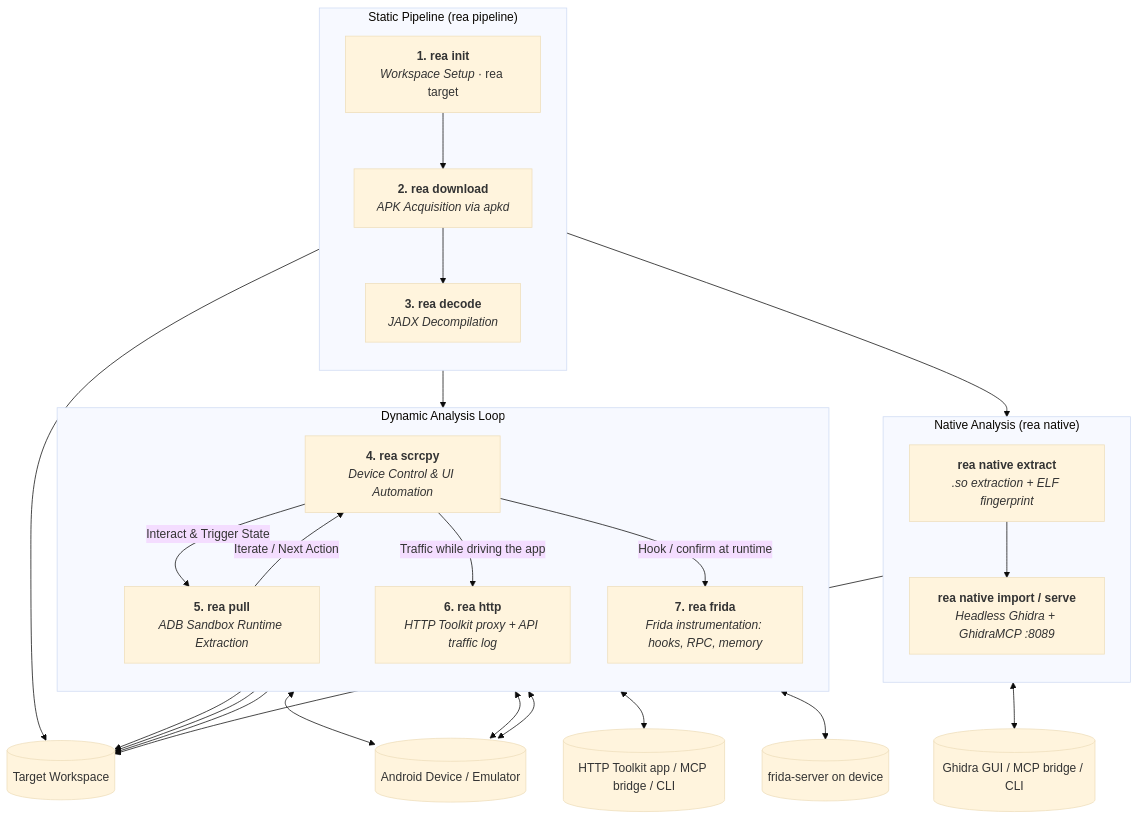
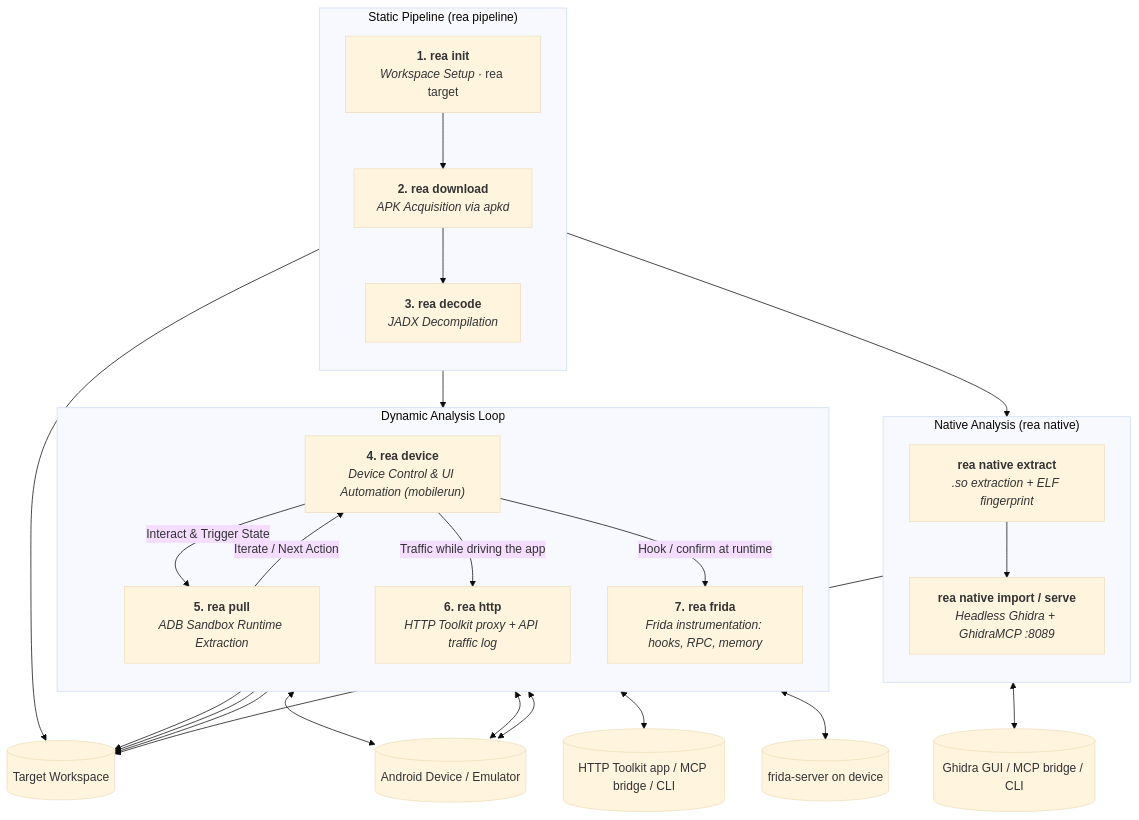
The diagram in README.md (impeterwayne/REAKit), drawn with Mermaid (base theme) before and after one commit. The commit also changed other lines of this file and 27 other files, not shown here.

Commit message:
feat: integrate mobilerun MCP for device control and automation

````diff
--- a/README.md
+++ b/README.md
@@ -76,45 +77,45 @@
 ```mermaid
 flowchart TD
     subgraph Static ["Static Pipeline (rea pipeline)"]
         direction TB
         S1["<b>1. rea init</b><br/><i>Workspace Setup</i> · rea target"]
         S2["<b>2. rea download</b><br/><i>APK Acquisition via apkd</i>"]
         S3["<b>3. rea decode</b><br/><i>JADX Decompilation</i>"]
         S1 --> S2 --> S3
     end
 
     subgraph Native ["Native Analysis (rea native)"]
         direction TB
         N1["<b>rea native extract</b><br/><i>.so extraction + ELF fingerprint</i>"]
         N2["<b>rea native import / serve</b><br/><i>Headless Ghidra + GhidraMCP :8089</i>"]
         N1 --> N2
     end
 
     subgraph Dynamic ["Dynamic Analysis Loop"]
         direction TB
-        S4["<b>4. rea scrcpy</b><br/><i>Device Control & UI Automation</i>"]
+        S4["<b>4. rea device</b><br/><i>Device Control & UI Automation (mobilerun)</i>"]
         S5["<b>5. rea pull</b><br/><i>ADB Sandbox Runtime Extraction</i>"]
         S6["<b>6. rea http</b><br/><i>HTTP Toolkit proxy + API traffic log</i>"]
         S7["<b>7. rea frida</b><br/><i>Frida instrumentation: hooks, RPC, memory</i>"]
 
         S4 -->|Interact & Trigger State| S5
         S5 -->|Iterate / Next Action| S4
         S4 -->|Traffic while driving the app| S6
         S4 -->|Hook / confirm at runtime| S7
     end
 
     Static --> Native
     Static --> Dynamic
 
     Static --> WS[(Target Workspace)]
     Native --> WS
     S5 --> WS
     S6 --> WS
     S7 --> WS
     S4 <--> DEV[(Android Device / Emulator)]
     S6 <--> DEV
     S7 <--> DEV
     N2 <--> GH[(Ghidra GUI / MCP bridge / CLI)]
     S6 <--> HTK[(HTTP Toolkit app / MCP bridge / CLI)]
     S7 <--> FR[(frida-server on device)]
 ```
````
